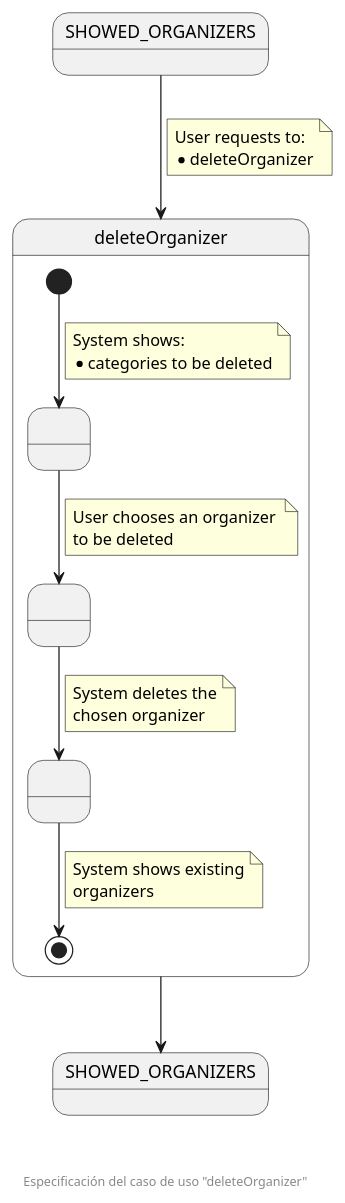
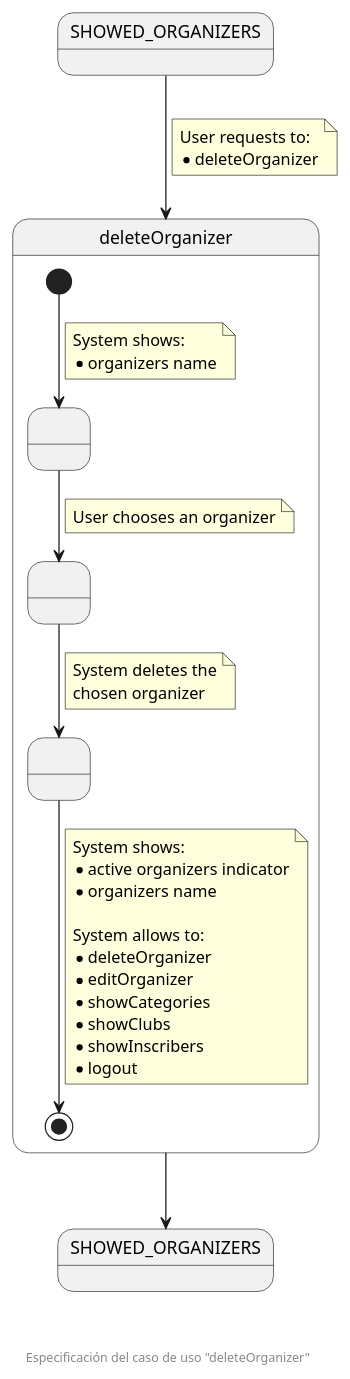
The diagram in documentation/diagrams/1_requirements/3_useCasesSpecification/organizationSecretary/08_deleteOrganizer.puml (zuldare/mastercloud_pfm_halterocms), drawn with PlantUML before and after one commit.

Commit message:
Improve deleteOrganizer use case specification

```diff
--- a/documentation/diagrams/1_requirements/3_useCasesSpecification/organizationSecretary/08_deleteOrganizer.puml
+++ b/documentation/diagrams/1_requirements/3_useCasesSpecification/organizationSecretary/08_deleteOrganizer.puml
@@ -1,45 +1,53 @@
 @startuml
 state SHOWED_ORGANIZERS
 
 state deleteOrganizer {
   state " " as SHOWED_ORGANIZERS_TO_BE_DELETED
   state " " as CHOSEN_ORGANIZER
   state " " as ORGANIZER_DELETED
 
   [*] --> SHOWED_ORGANIZERS_TO_BE_DELETED
   note on link
     System shows:
-    * categories to be deleted
+    * organizers name
   end note
   
   SHOWED_ORGANIZERS_TO_BE_DELETED --> CHOSEN_ORGANIZER
   note on link
-    User chooses an organizer 
-    to be deleted
+    User chooses an organizer
   end note
 
   CHOSEN_ORGANIZER --> ORGANIZER_DELETED
   note on link
     System deletes the
     chosen organizer
   end note
 
   ORGANIZER_DELETED --> [*]
   note on link
-    System shows existing
-    organizers
+    System shows:
+    * active organizers indicator
+    * organizers name
+
+    System allows to:
+    * deleteOrganizer
+    * editOrganizer
+    * showCategories
+    * showClubs
+    * showInscribers
+    * logout
   end note
 }
 
 state "SHOWED_ORGANIZERS" as SHOWED_ORGANIZERS_F
 
 SHOWED_ORGANIZERS --> deleteOrganizer
 note on link
   User requests to:
   * deleteOrganizer
 end note
 
 deleteOrganizer --> SHOWED_ORGANIZERS_F
 
 footer \n\n\n Especificación del caso de uso "deleteOrganizer"
 @enduml
```
